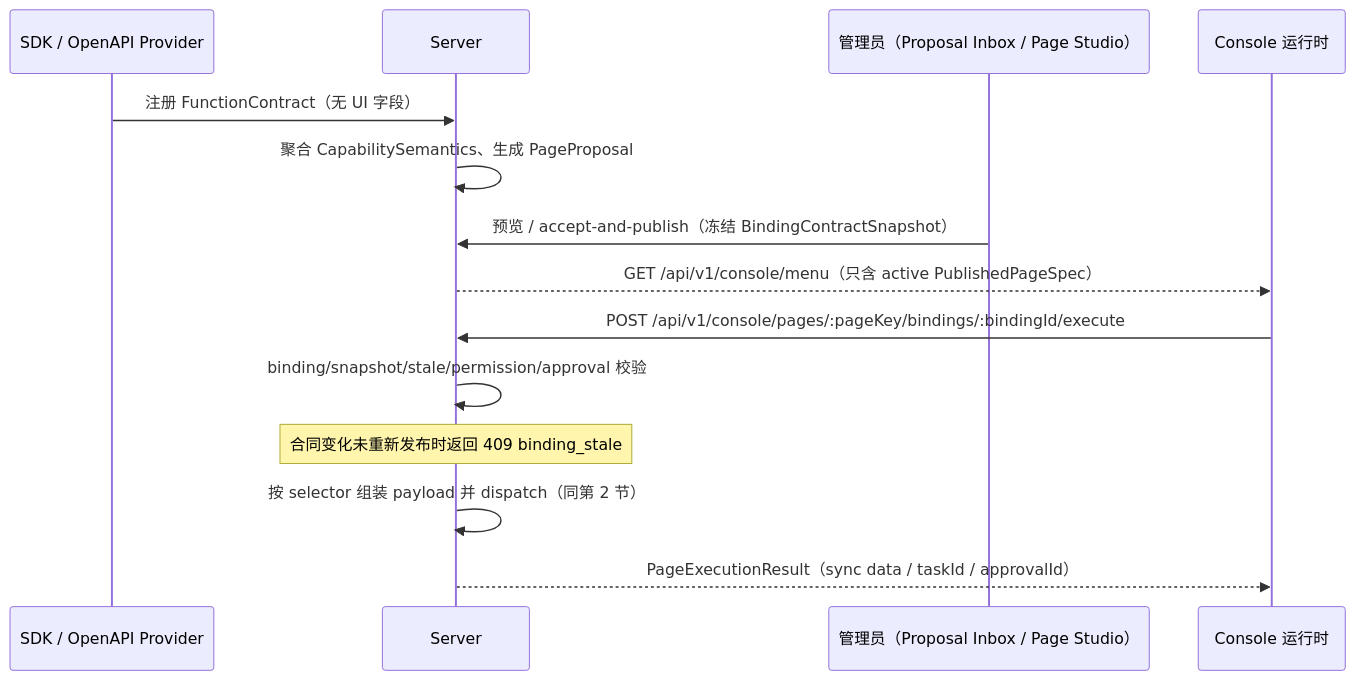
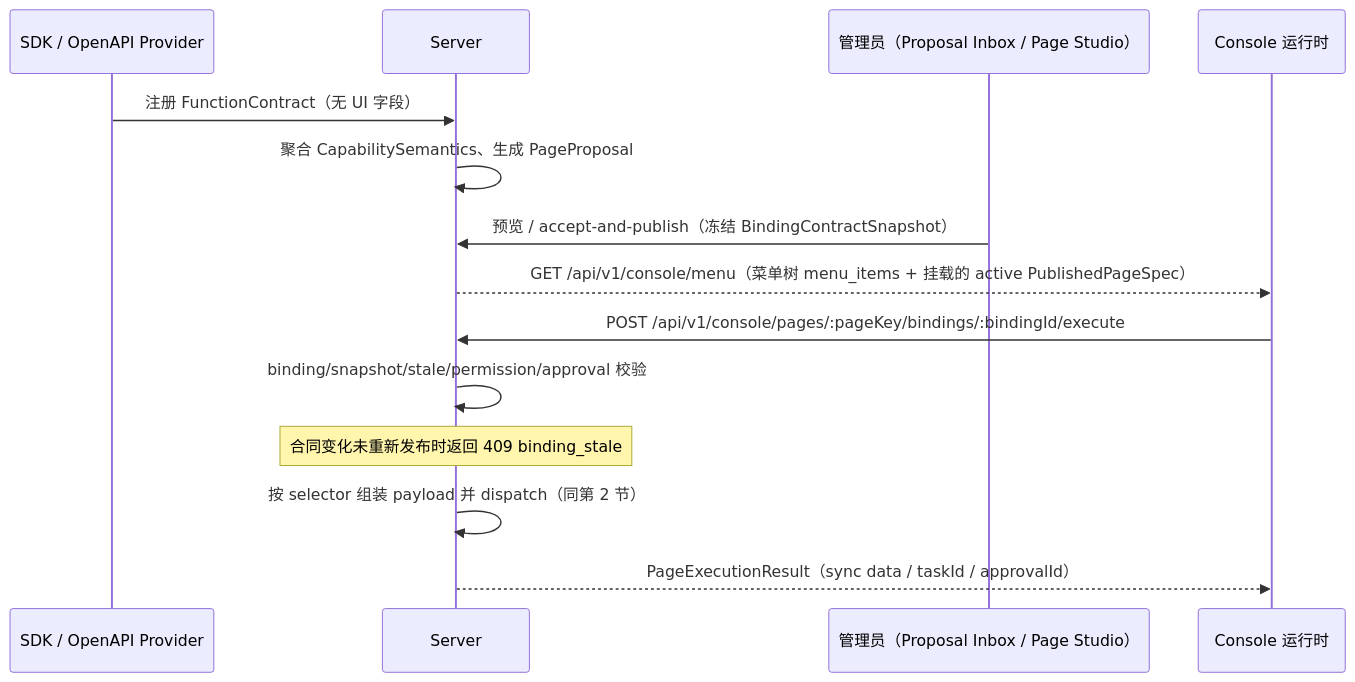
One commit to cuihairu/croupier changed the first of 5 diagrams in docs/architecture/data-flow.md. Above: the diagram before and after it, drawn with Mermaid. The commit also changed 23 other files, not shown here.

First line of the commit message:
feat(console): 运行控制台菜单切换为菜单管理（menu_items）唯一驱动

````diff
--- a/docs/architecture/data-flow.md
+++ b/docs/architecture/data-flow.md
@@ -23,17 +23,17 @@
 ```mermaid
 sequenceDiagram
     participant SDK as SDK / OpenAPI Provider
     participant Server as Server
     participant Admin as 管理员（Proposal Inbox / Page Studio）
     participant UI as Console 运行时
 
     SDK->>Server: 注册 FunctionContract（无 UI 字段）
     Server->>Server: 聚合 CapabilitySemantics、生成 PageProposal
     Admin->>Server: 预览 / accept-and-publish（冻结 BindingContractSnapshot）
-    Server-->>UI: GET /api/v1/console/menu（只含 active PublishedPageSpec）
+    Server-->>UI: GET /api/v1/console/menu（菜单树 menu_items + 挂载的 active PublishedPageSpec）
     UI->>Server: POST /api/v1/console/pages/:pageKey/bindings/:bindingId/execute
     Server->>Server: binding/snapshot/stale/permission/approval 校验
     Note over Server: 合同变化未重新发布时返回 409 binding_stale
     Server->>Server: 按 selector 组装 payload 并 dispatch（同第 2 节）
     Server-->>UI: PageExecutionResult（sync data / taskId / approvalId）
 ```
````
